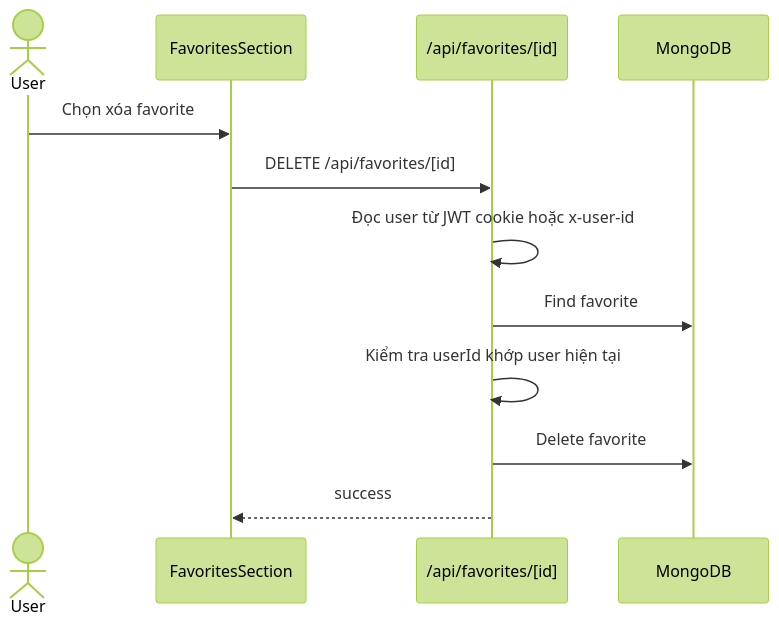
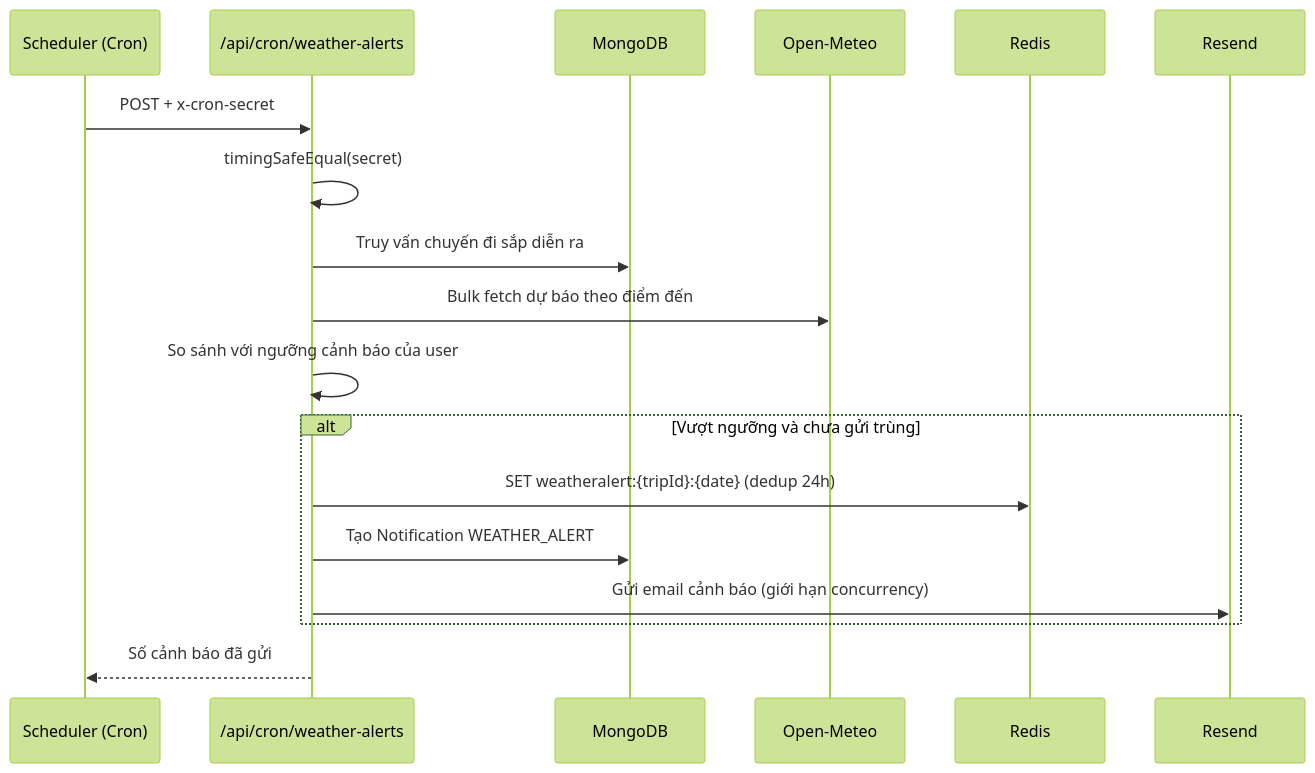
The fifth of 5 diagrams in docs/04_SEQUENCE.md (NguyenHoangPhuong275/dattcnpm), drawn with Mermaid (forest theme) before and after one commit. The commit also changed other lines of this file and 192 other files, not shown here.

````diff
--- a/docs/04_SEQUENCE.md
+++ b/docs/04_SEQUENCE.md
@@ -137,15 +112,21 @@
 ```mermaid
 sequenceDiagram
-    actor User
-    participant UI as FavoritesSection
-    participant API as /api/favorites/[id]
+    participant Cron as Scheduler (Cron)
+    participant API as /api/cron/weather-alerts
     participant Mongo as MongoDB
+    participant Meteo as Open-Meteo
+    participant Redis as Redis
+    participant Resend as Resend
 
-    User->>UI: Chọn xóa favorite
-    UI->>API: DELETE /api/favorites/[id]
-    API->>API: Đọc user từ JWT cookie hoặc x-user-id
-    API->>Mongo: Find favorite
-    API->>API: Kiểm tra userId khớp user hiện tại
-    API->>Mongo: Delete favorite
-    API-->>UI: success
+    Cron->>API: POST + x-cron-secret
+    API->>API: timingSafeEqual(secret)
+    API->>Mongo: Truy vấn chuyến đi sắp diễn ra
+    API->>Meteo: Bulk fetch dự báo theo điểm đến
+    API->>API: So sánh với ngưỡng cảnh báo của user
+    alt Vượt ngưỡng và chưa gửi trùng
+        API->>Redis: SET weatheralert:{tripId}:{date} (dedup 24h)
+        API->>Mongo: Tạo Notification WEATHER_ALERT
+        API->>Resend: Gửi email cảnh báo (giới hạn concurrency)
+    end
+    API-->>Cron: Số cảnh báo đã gửi
 ```
````
